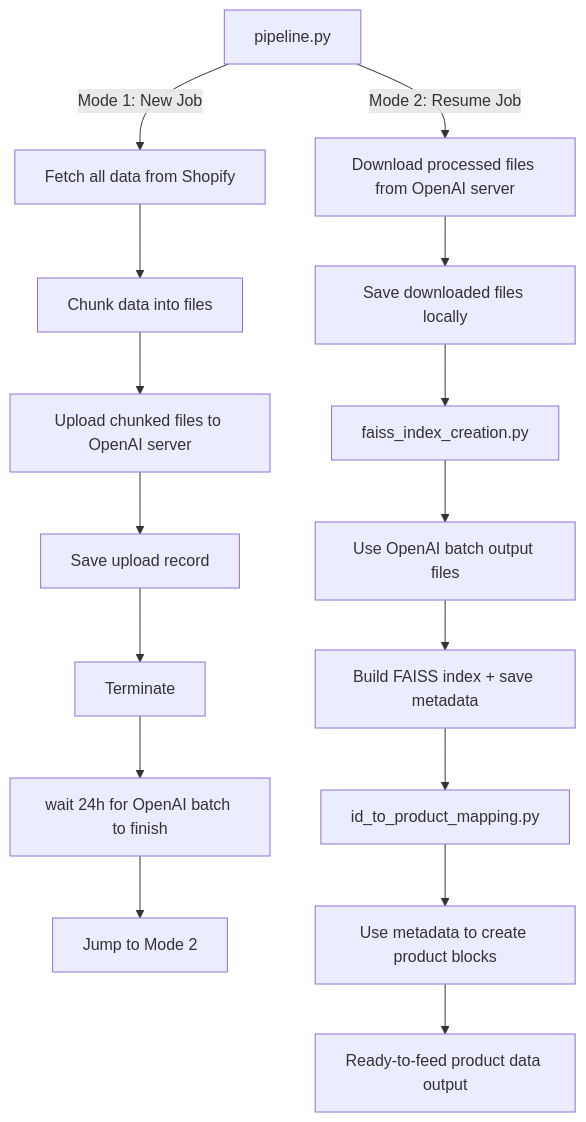
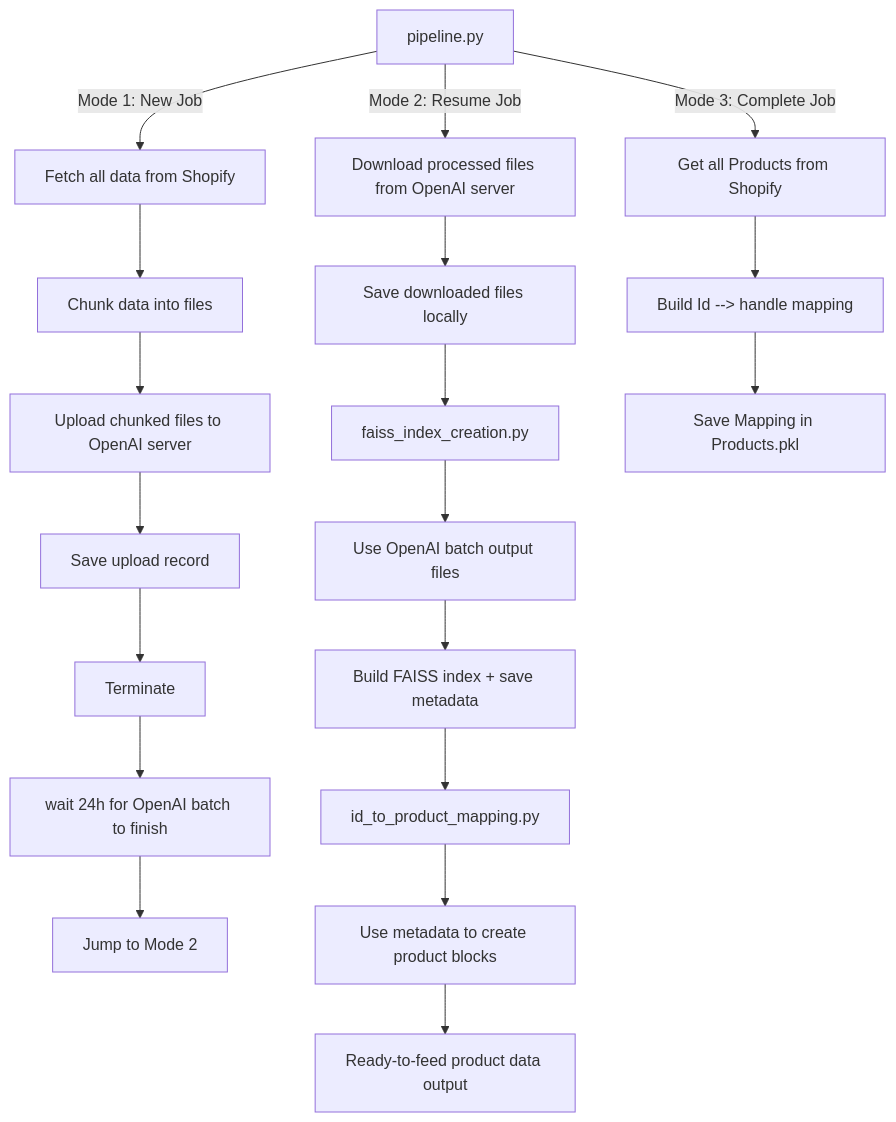
Before and after one commit to Mobeen-Dev/chatbot_Shopify: the diagram in ETL_pipeline/explanation.md, drawn with Mermaid. The commit also changed 1 other file, not shown here.

Commit message:
etl info update

`````diff
--- a/ETL_pipeline/explanation.md
+++ b/ETL_pipeline/explanation.md
@@ -1,27 +1,33 @@
 ```mermaid
 flowchart TD
 
     %% Main Pipeline Start
     A[pipeline.py] -->|Mode 2: Resume Job| B[Download processed files from OpenAI server]
     A -->|Mode 1: New Job| C[Fetch all data from Shopify]
+    
 
     B --> D[Save downloaded files locally]
+
     
     %% Mode 1 flow
     C --> E[Chunk data into files]
     E --> F[Upload chunked files to OpenAI server]
     F --> G[Save upload record]
     G --> H[Terminate]
     H --> AA[wait 24h for OpenAI batch to finish]
     AA --> AB[ Jump to Mode 2 ]
 
     %% After batch completion
     D --> I[faiss_index_creation.py]
     I --> J[Use OpenAI batch output files]
     J --> K[Build FAISS index + save metadata]
 
     %% Final stage
     K --> L[id_to_product_mapping.py]
     L --> M[Use metadata to create product blocks]
     M --> N[Ready-to-feed product data output]
+
+    A -->|Mode 3: Complete Job| ZA[Get all Products from Shopify]
+    ZA --> ZD[Build Id --> handle mapping]
+    ZD --> ZE[Save Mapping in Products.pkl]
 ````
`````
